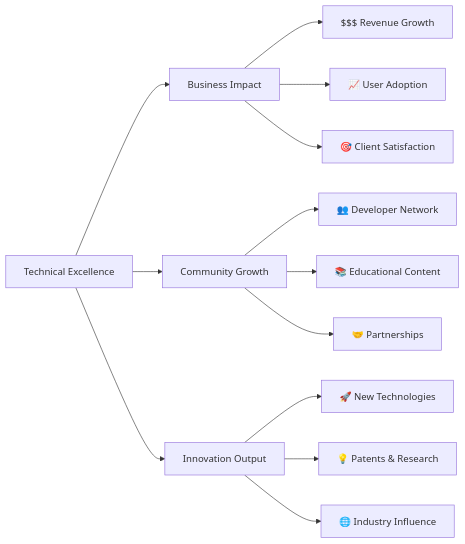
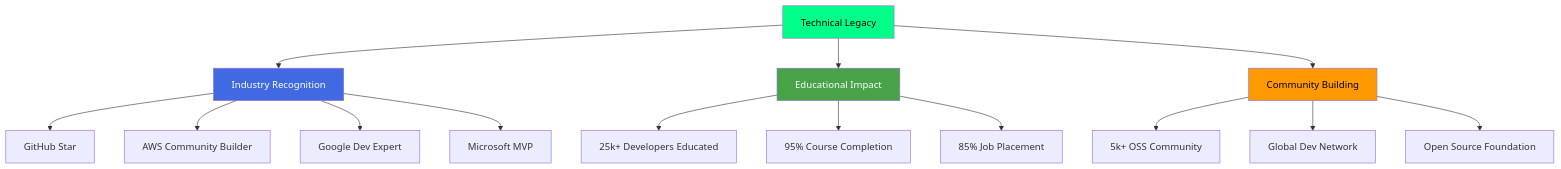
Before and after one commit to mentech93/mentech93: the ninth of 9 diagrams in README.md, drawn with Mermaid. The commit also changed other lines of this file, not shown here.

````diff
--- a/README.md
+++ b/README.md
@@ -387,18 +849,24 @@
 ```mermaid
-graph LR
-    A[Technical Excellence] --> B[Business Impact]
-    A --> C[Community Growth]
-    A --> D[Innovation Output]
+graph TD
+    A[Technical Legacy] --> B[Industry Recognition]
+    A --> C[Educational Impact]
+    A --> D[Community Building]
     
-    B --> B1[$$$ Revenue Growth]
-    B --> B2[📈 User Adoption]
-    B --> B3[🎯 Client Satisfaction]
+    B --> B1[GitHub Star]
+    B --> B2[AWS Community Builder]
+    B --> B3[Google Dev Expert]
+    B --> B4[Microsoft MVP]
     
-    C --> C1[👥 Developer Network]
-    C --> C2[📚 Educational Content]
-    C --> C3[🤝 Partnerships]
+    C --> C1[25k+ Developers Educated]
+    C --> C2[95% Course Completion]
+    C --> C3[85% Job Placement]
     
-    D --> D1[🚀 New Technologies]
-    D --> D2[💡 Patents & Research]
-    D --> D3[🌐 Industry Influence]
+    D --> D1[5k+ OSS Community]
+    D --> D2[Global Dev Network]
+    D --> D3[Open Source Foundation]
+    
+    style A fill:#00ff88,color:#000
+    style B fill:#4169E1,color:#fff
+    style C fill:#47A248,color:#fff
+    style D fill:#FF9900,color:#000
 ```
````
